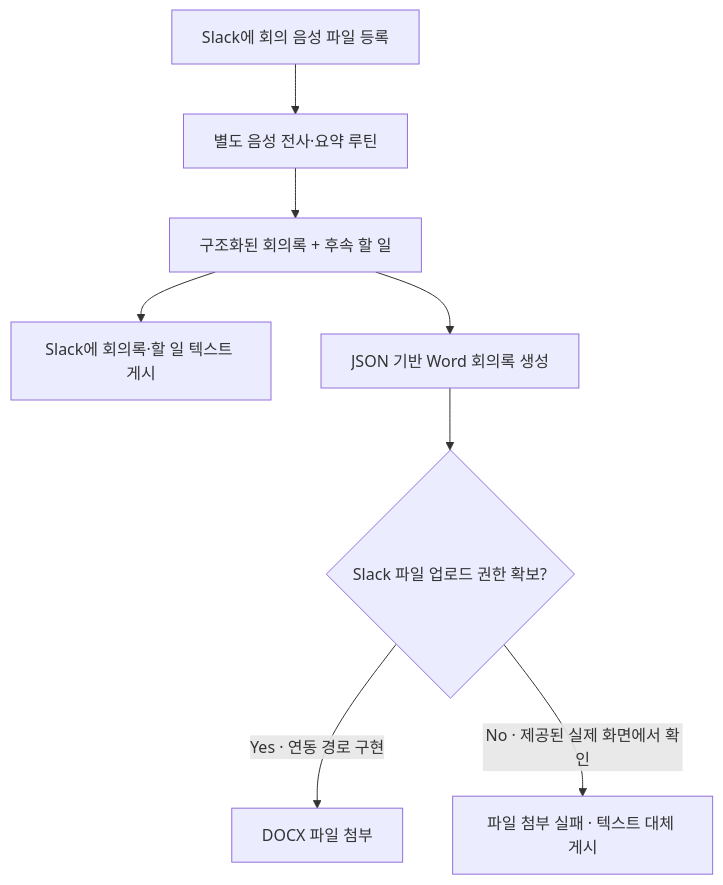
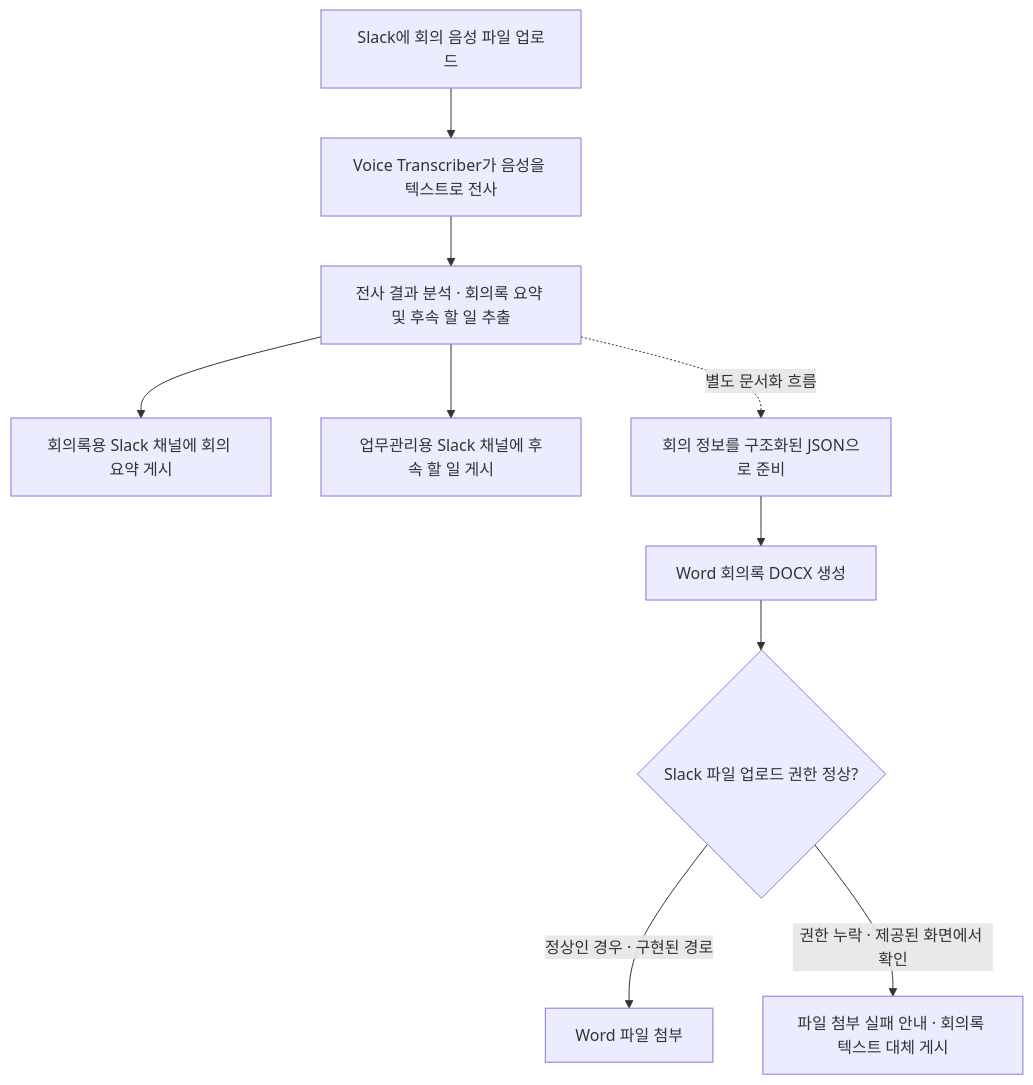
One commit to imyoonaheo/venture-career-portfolio changed the diagram in projects/03-meeting-minutes-automation.md. Above: the diagram before and after it, drawn with Mermaid. The commit also changed other lines of this file, not shown here.

Commit message:
Clarify Voice Transcriber-first routing and separate DOCX workflow

````diff
--- a/projects/03-meeting-minutes-automation.md
+++ b/projects/03-meeting-minutes-automation.md
@@ -11,10 +11,12 @@
 ```mermaid
 flowchart TD
-  A["Slack에 회의 음성 파일 등록"] --> B["별도 음성 전사·요약 루틴"]
-  B --> C["구조화된 회의록 + 후속 할 일"]
-  C --> D["Slack에 회의록·할 일 텍스트 게시"]
-  C --> E["JSON 기반 Word 회의록 생성"]
-  E --> F{"Slack 파일 업로드 권한 확보?"}
-  F -- "Yes · 연동 경로 구현" --> G["DOCX 파일 첨부"]
-  F -- "No · 제공된 실제 화면에서 확인" --> H["파일 첨부 실패 · 텍스트 대체 게시"]
+    A["Slack에 회의 음성 파일 업로드"] --> B["Voice Transcriber가 음성을 텍스트로 전사"]
+    B --> C["전사 결과 분석 · 회의록 요약 및 후속 할 일 추출"]
+    C --> D["회의록용 Slack 채널에 회의 요약 게시"]
+    C --> E["업무관리용 Slack 채널에 후속 할 일 게시"]
+    C -. "별도 문서화 흐름" .-> F["회의 정보를 구조화된 JSON으로 준비"]
+    F --> G["Word 회의록 DOCX 생성"]
+    G --> H{"Slack 파일 업로드 권한 정상?"}
+    H -->|"정상인 경우 · 구현된 경로"| I["Word 파일 첨부"]
+    H -->|"권한 누락 · 제공된 화면에서 확인"| J["파일 첨부 실패 안내 · 회의록 텍스트 대체 게시"]
 ```
````
